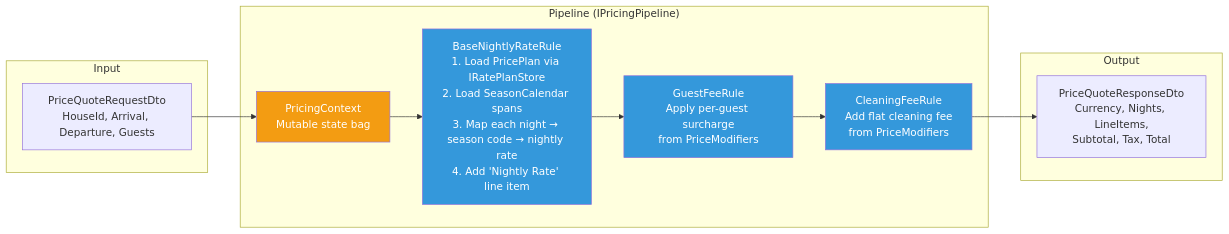
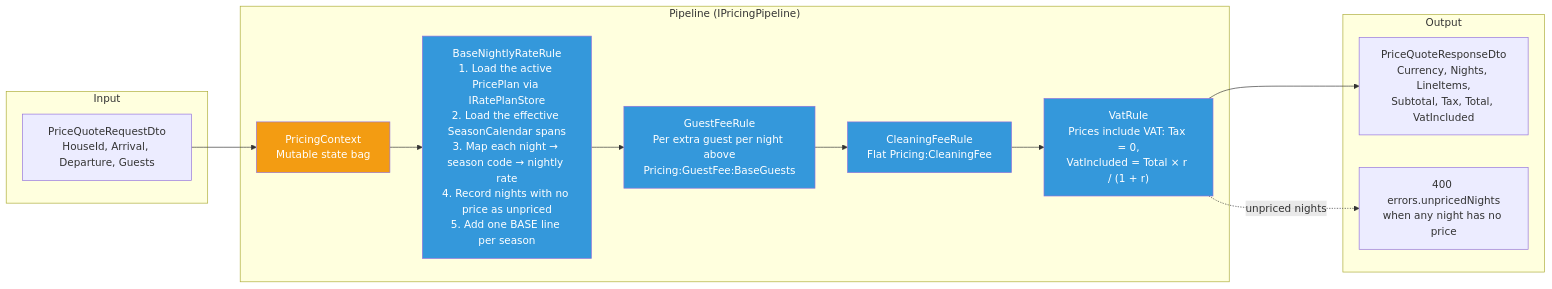
Diagram 18 of 32 in docs/DIAGRAMS.md (Applatos/RentalHome), drawn with Mermaid before and after one commit. The commit also changed other lines of this file and 156 other files, not shown here.

````diff
--- a/docs/DIAGRAMS.md
+++ b/docs/DIAGRAMS.md
@@ -808,27 +808,31 @@
 ```mermaid
 graph LR
     subgraph "Input"
         REQ["PriceQuoteRequestDto<br/>HouseId, Arrival, Departure, Guests"]
     end
 
     subgraph "Pipeline (IPricingPipeline)"
         CTX["PricingContext<br/>Mutable state bag"]
 
-        R1["BaseNightlyRateRule<br/>1. Load PricePlan via IRatePlanStore<br/>2. Load SeasonCalendar spans<br/>3. Map each night → season code → nightly rate<br/>4. Add 'Nightly Rate' line item"]
-        R2["GuestFeeRule<br/>Apply per-guest surcharge<br/>from PriceModifiers"]
-        R3["CleaningFeeRule<br/>Add flat cleaning fee<br/>from PriceModifiers"]
+        R1["BaseNightlyRateRule<br/>1. Load the active PricePlan via IRatePlanStore<br/>2. Load the effective SeasonCalendar spans<br/>3. Map each night → season code → nightly rate<br/>4. Record nights with no price as unpriced<br/>5. Add one BASE line per season"]
+        R2["GuestFeeRule<br/>Per extra guest per night above<br/>Pricing:GuestFee:BaseGuests"]
+        R3["CleaningFeeRule<br/>Flat Pricing:CleaningFee"]
+        R4["VatRule<br/>Prices include VAT: Tax = 0,<br/>VatIncluded = Total × r / (1 + r)"]
     end
 
     subgraph "Output"
-        RESP["PriceQuoteResponseDto<br/>Currency, Nights, LineItems,<br/>Subtotal, Tax, Total"]
+        RESP["PriceQuoteResponseDto<br/>Currency, Nights, LineItems,<br/>Subtotal, Tax, Total, VatIncluded"]
+        ERR["400 errors.unpricedNights<br/>when any night has no price"]
     end
 
     REQ --> CTX
-    CTX --> R1 --> R2 --> R3
-    R3 --> RESP
+    CTX --> R1 --> R2 --> R3 --> R4
+    R4 --> RESP
+    R4 -. unpriced nights .-> ERR
 
     style CTX fill:#f39c12,color:#fff
     style R1 fill:#3498db,color:#fff
     style R2 fill:#3498db,color:#fff
     style R3 fill:#3498db,color:#fff
+    style R4 fill:#3498db,color:#fff
 ```
````
